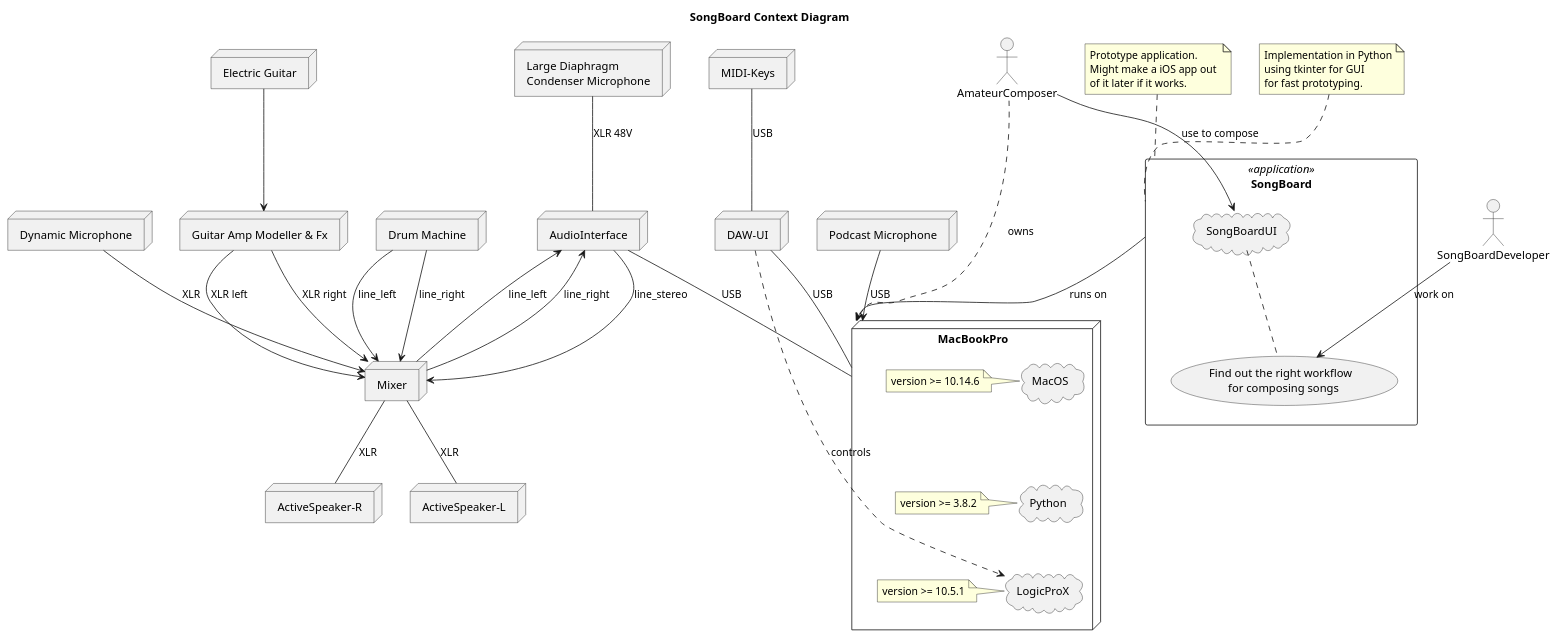
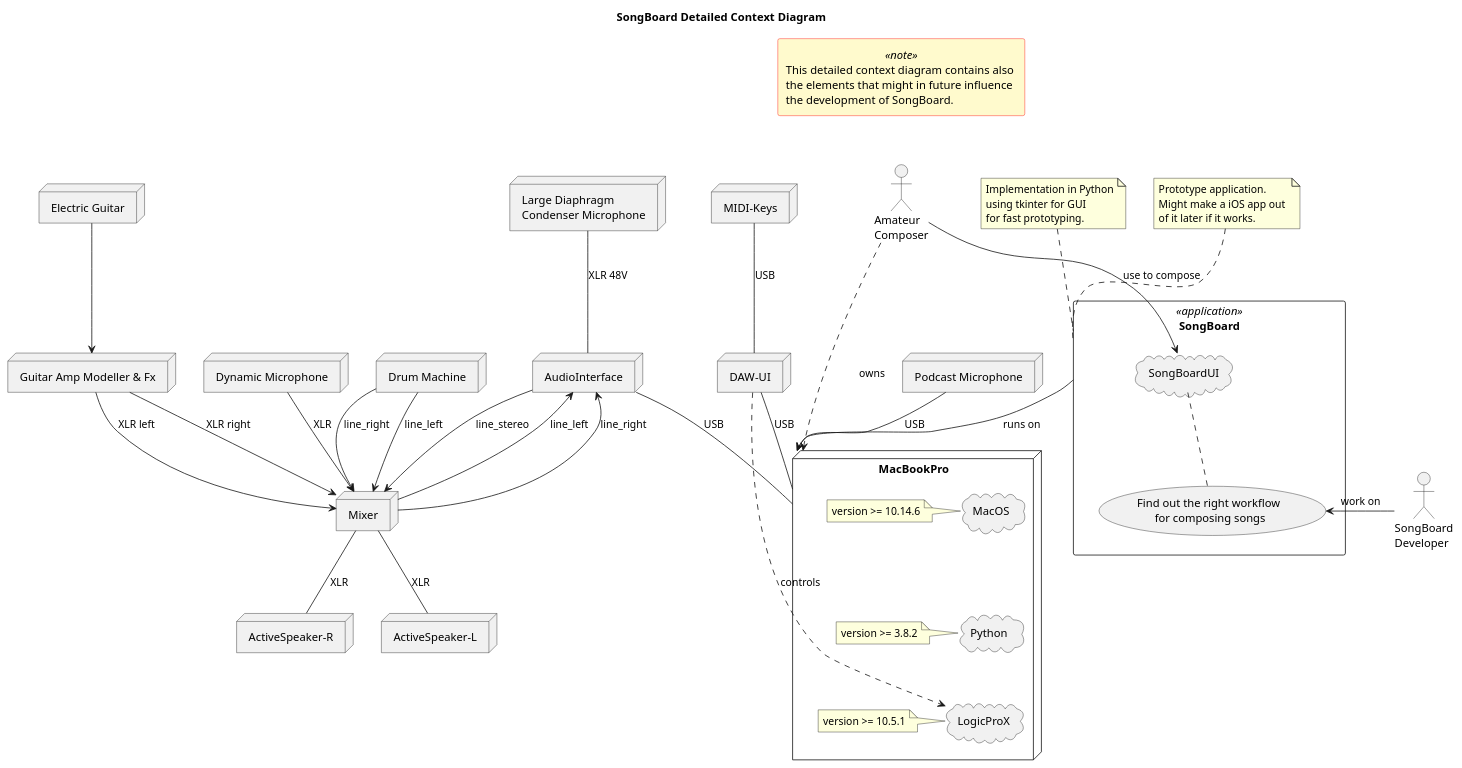
The diagram in arch/01_context/SongBoard_Context.puml (DrMarkusVoss/SongBoard), drawn with PlantUML before and after one commit. The commit also changed 4 other files, not shown here.

Commit message:
update of context diagram with the recording gear.

```diff
--- a/arch/01_context/SongBoard_Context.puml
+++ b/arch/01_context/SongBoard_Context.puml
@@ -1,117 +1,125 @@
 @startuml
 
 skinparam componentStyle uml2
 
-title SongBoard Context Diagram
+title SongBoard Detailed Context Diagram
 
+rectangle "This detailed context diagram contains also \nthe elements that might in future influence \nthe development of SongBoard." <<note>> as topnote {
+}
 
-:AmateurComposer:
-:SongBoardDeveloper:
+skinparam rectangle{
+BackgroundColor<<note>> LemonChiffon
+BorderColor<<note>> Red
+}
 
+:Amateur\nComposer: as ac
+:SongBoard\nDeveloper: as sd
+
+topnote -[hidden]-> ac
  
 rectangle "SongBoard" <<application>> as sb {
     cloud SongBoardUI { 
     } 
-    (Find out the right workflow \n for composing songs) as ucdw
+    (Find out the right workflow \nfor composing songs) as ucdw
     SongBoardUI .. ucdw
 } 
 
 note top of sb
     Prototype application.
     Might make a iOS app out 
     of it later if it works.
 end note
 
 note top of sb
     Implementation in Python
     using tkinter for GUI 
     for fast prototyping.
 end note
 
 node MacBookPro {
 cloud MacOS {
 }
  note left of MacOS : version >= 10.14.6
 
 cloud Python {
  }
  note left of Python: version >= 3.8.2
 
 cloud LogicProX as lpx {
  }
  note left of lpx: version >= 10.5.1
 
 } 
 
 node AudioInterface {
 
 }
 
 node DAW-UI  as dui {
 
 }
 
 node MIDI-Keys  as mk{
 
 }
 
 node Mixer as mixer {
      
 }
 
 node "Large Diaphragm \nCondenser Microphone" as mic {
 }
 
 node "Dynamic Microphone" as mic2 {
 }
 
 node "Podcast Microphone" as mic3 {
 }
 
 node ActiveSpeaker-L as asl {
 
 }
 
 node ActiveSpeaker-R as asr {
 
 }
 
 node "Guitar Amp Modeller & Fx" as FM3 {
 }
 
 node "Electric Guitar" as guitar {
 }
 
 node "Drum Machine" as bb {
 }
 
 
 MacOS -[hidden]-> Python
 Python -[hidden]-> lpx
 
-AmateurComposer --> SongBoardUI : use to compose
+ac --> SongBoardUI : use to compose
 sb -down-> MacBookPro: runs on
-AmateurComposer ..> MacBookPro : owns
+ac ..> MacBookPro : owns
 AudioInterface -- MacBookPro : USB
 dui -- MacBookPro : USB
 mk -- dui : USB
 AudioInterface --> mixer : line_stereo
 mixer --> AudioInterface : line_left
 mixer --> AudioInterface : line_right
 mic -- AudioInterface : XLR 48V
 mic2 --> mixer : XLR
 mic3 --> MacBookPro : USB
 FM3 --> mixer : XLR left
 FM3 --> mixer : XLR right
 guitar --> FM3
 mixer -- asl : XLR
 mixer -- asr : XLR
 bb --> mixer : line_left
 bb --> mixer : line_right
 
-SongBoardDeveloper --> ucdw : work on
+sd -r-> ucdw : work on
 
 dui ..> lpx : controls
 
 
 @enduml
```
